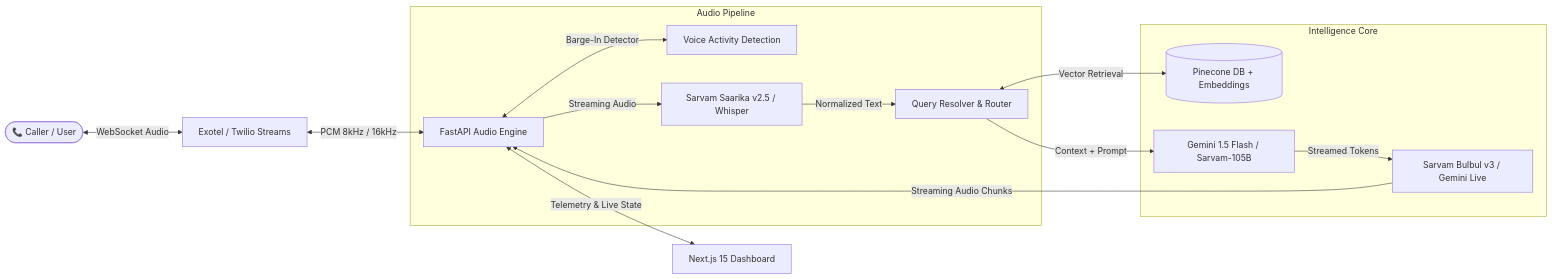
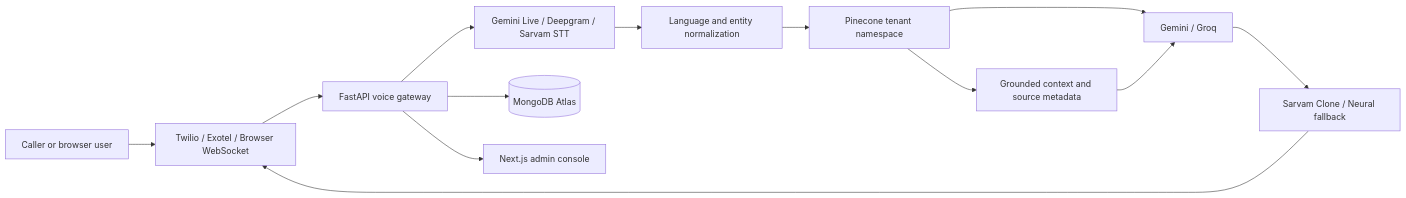
One commit to farhanZeniapex/ZeniaOne changed the diagram in README.md. Above: the diagram before and after it, drawn with Mermaid. The commit also changed other lines of this file, not shown here.

Commit message:
Document production voice and RAG architecture

````diff
--- a/README.md
+++ b/README.md
@@ -53,20 +118,15 @@
 ```mermaid
 flowchart LR
-    Caller([📞 Caller / User]) <-->|WebSocket Audio| Telephony[Exotel / Twilio Streams]
-    Telephony <-->|PCM 8kHz / 16kHz| Backend[FastAPI Audio Engine]
-    
-    subgraph Audio Pipeline
-        Backend <-->|Barge-In Detector| VAD[Voice Activity Detection]
-        Backend -->|Streaming Audio| STT[Sarvam Saarika v2.5 / Whisper]
-        STT -->|Normalized Text| Intent[Query Resolver & Router]
-    end
-
-    subgraph Intelligence Core
-        Intent <-->|Vector Retrieval| RAG[(Pinecone DB + Embeddings)]
-        Intent -->|Context + Prompt| LLM[Gemini 1.5 Flash / Sarvam-105B]
-        LLM -->|Streamed Tokens| TTS[Sarvam Bulbul v3 / Gemini Live]
-    end
-
-    TTS -->|Streaming Audio Chunks| Backend
-    Backend <-->|Telemetry & Live State| Frontend[Next.js 15 Dashboard]
+    U[Caller or browser user] --> T[Twilio / Exotel / Browser WebSocket]
+    T --> API[FastAPI voice gateway]
+    API --> STT[Gemini Live / Deepgram / Sarvam STT]
+    STT --> N[Language and entity normalization]
+    N --> RAG[Pinecone tenant namespace]
+    RAG --> LLM[Gemini / Groq]
+    LLM --> TTS[Sarvam Clone / Neural fallback]
+    TTS --> T
+    API --> DB[(MongoDB Atlas)]
+    API --> UI[Next.js admin console]
+    RAG --> C[Grounded context and source metadata]
+    C --> LLM
 ```
````
